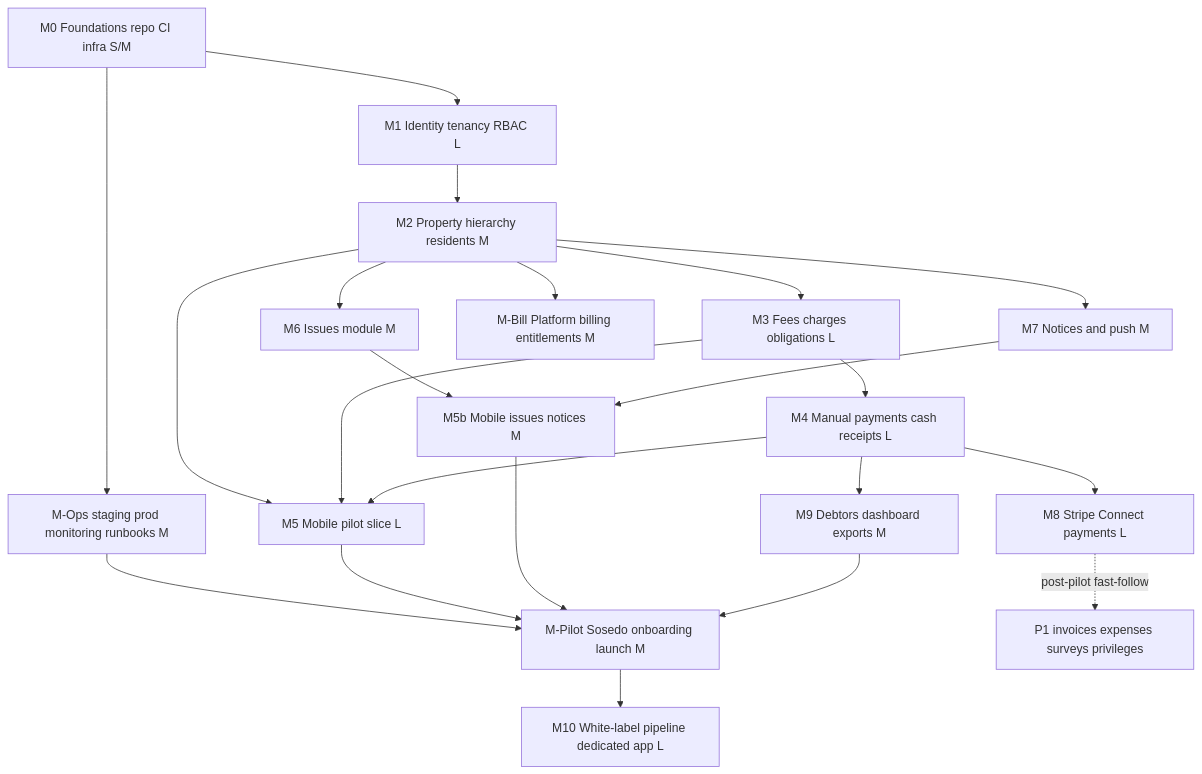
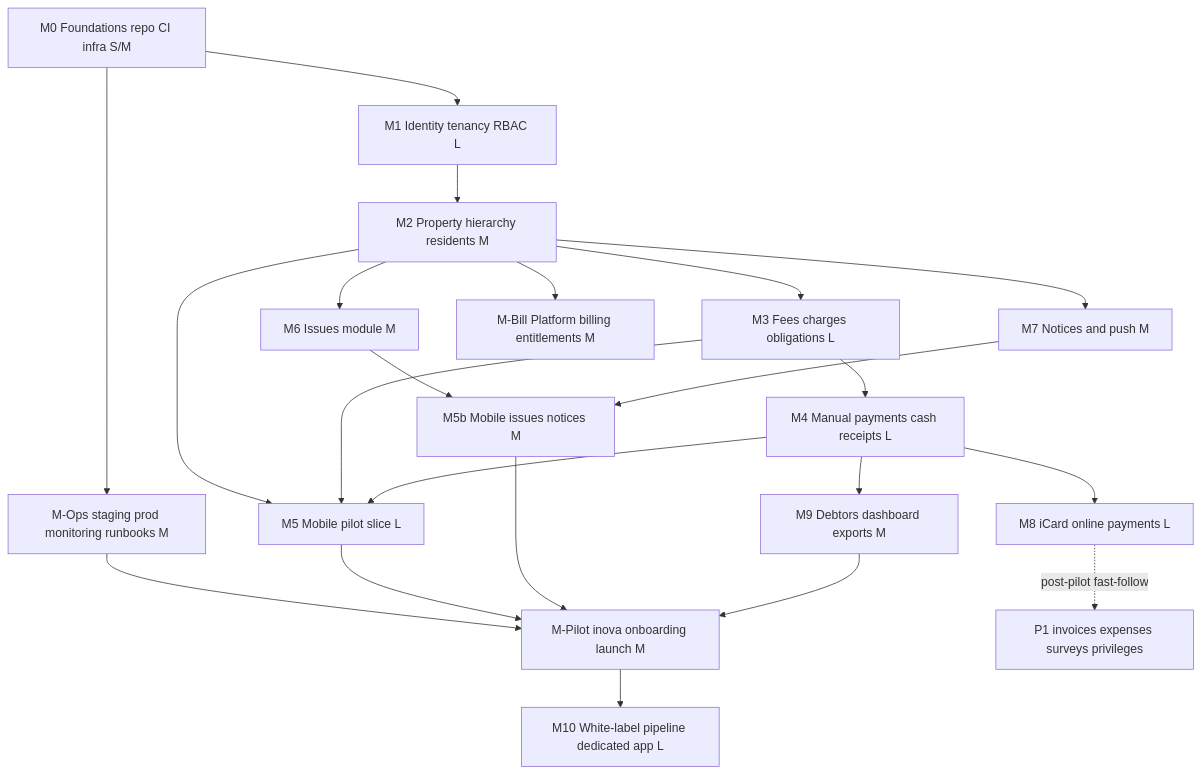
Before and after one commit to bsdimer/inova: the third of 3 diagrams in docs/implementation-plan.md, drawn with Mermaid. The commit also changed other lines of this file and 97 other files, not shown here.

````diff
--- a/docs/implementation-plan.md
+++ b/docs/implementation-plan.md
@@ -473,24 +507,24 @@
 ```mermaid
 flowchart TD
   M0[M0 Foundations repo CI infra S/M] --> M1[M1 Identity tenancy RBAC L]
   M1 --> M2[M2 Property hierarchy residents M]
   M2 --> M3[M3 Fees charges obligations L]
   M3 --> M4[M4 Manual payments cash receipts L]
   M2 --> M5[M5 Mobile pilot slice L]
   M3 --> M5
   M4 --> M5
   M2 --> M6[M6 Issues module M]
   M2 --> M7[M7 Notices and push M]
   M6 --> M5b[M5b Mobile issues notices M]
   M7 --> M5b
   M4 --> M9[M9 Debtors dashboard exports M]
-  M4 --> M8[M8 Stripe Connect payments L]
+  M4 --> M8[M8 iCard online payments L]
   M2 --> MBill[M-Bill Platform billing entitlements M]
   M0 --> MOps[M-Ops staging prod monitoring runbooks M]
-  MOps --> MPilot[M-Pilot Sosedo onboarding launch M]
+  MOps --> MPilot[M-Pilot inova onboarding launch M]
   M5 --> MPilot
   M5b --> MPilot
   M9 --> MPilot
   M8 -.post-pilot fast-follow.-> P1a[P1 invoices expenses surveys privileges]
   MPilot --> M10[M10 White-label pipeline dedicated app L]
 ```
````
